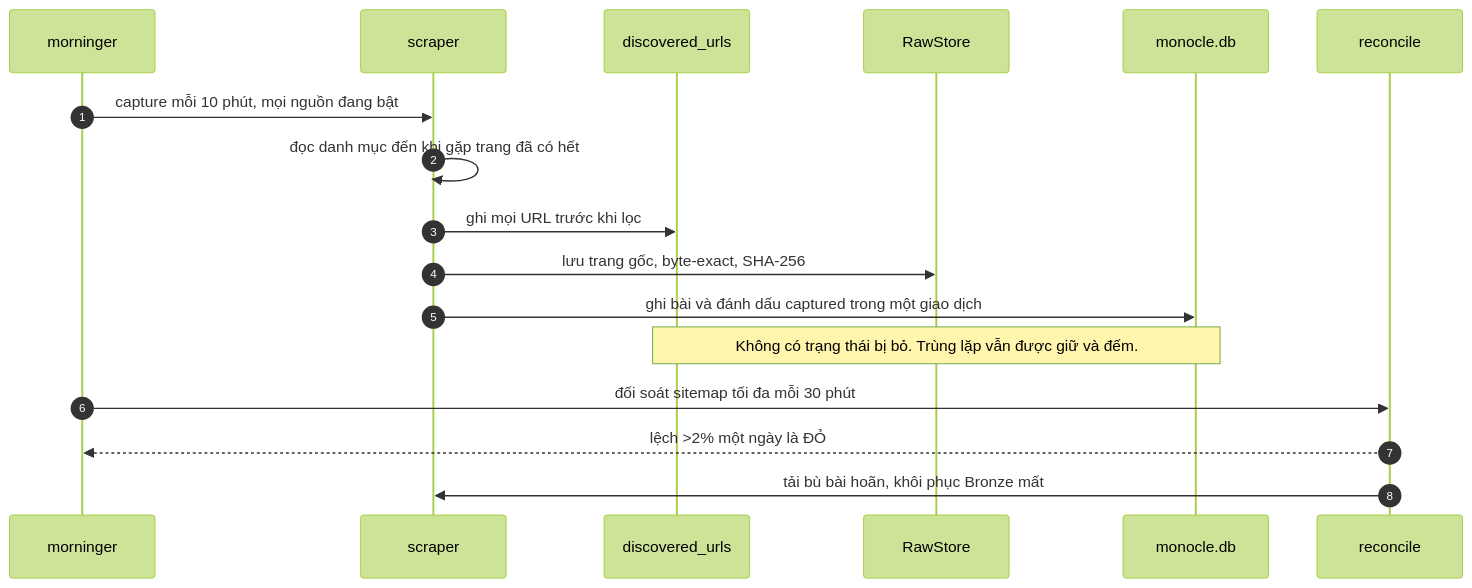
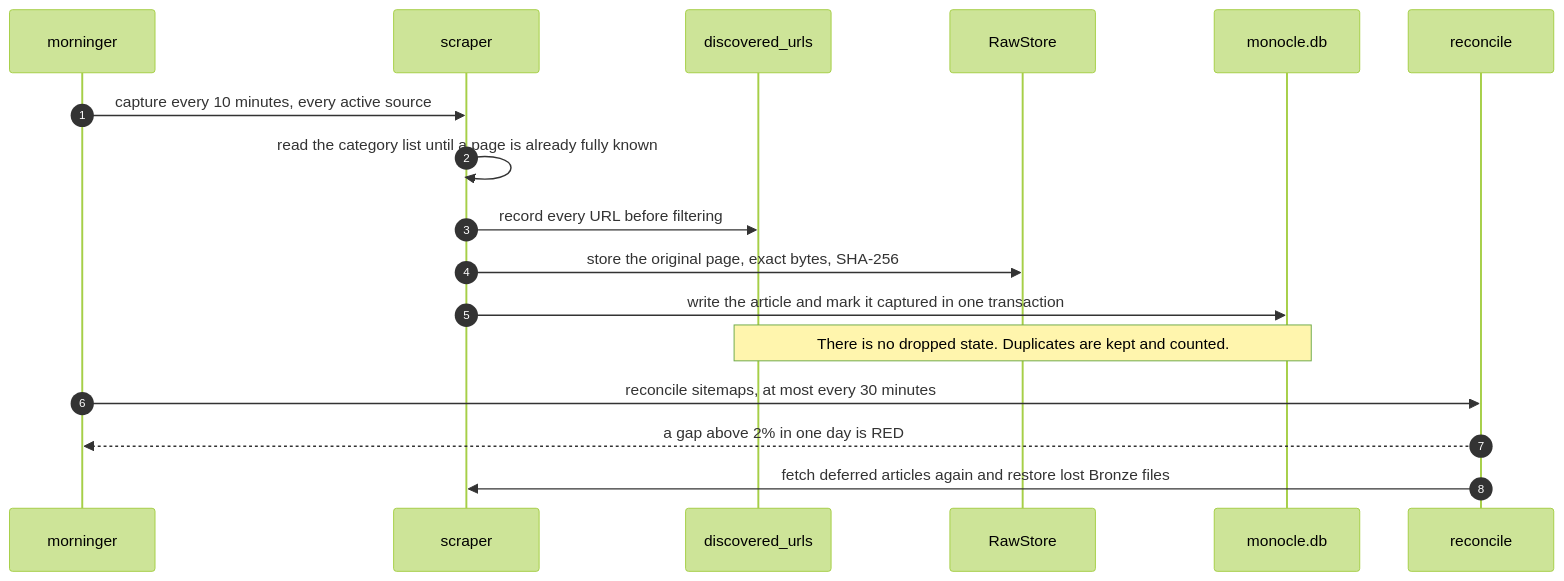
Before and after one commit to Tuanan172-py/fts-news-scape: the diagram in project/docs/diagrams/22-flow-capture.mmd, drawn with Mermaid (forest theme). The commit also changed 33 other files, not shown here.

Commit message:
feat: standardize offline workflow diagrams to English, add skills council proposal and wave automation scripts (US-048)

```diff
--- a/project/docs/diagrams/22-flow-capture.mmd
+++ b/project/docs/diagrams/22-flow-capture.mmd
@@ -1,19 +1,19 @@
-%% title: Thu thập trọn vẹn và đối soát (ADR-0013)
-%% desc: Cơ chế bảo đảm không sót bài.
+%% title: Complete capture and reconciliation (ADR-0013)
+%% desc: The mechanism that guarantees no article is missed.
 sequenceDiagram
   autonumber
   participant MO as morninger
   participant SC as scraper
   participant LG as discovered_urls
   participant RS as RawStore
   participant DB as monocle.db
   participant RC as reconcile
-  MO->>SC: capture mỗi 10 phút, mọi nguồn đang bật
-  SC->>SC: đọc danh mục đến khi gặp trang đã có hết
-  SC->>LG: ghi mọi URL trước khi lọc
-  SC->>RS: lưu trang gốc, byte-exact, SHA-256
-  SC->>DB: ghi bài và đánh dấu captured trong một giao dịch
-  Note over LG,DB: Không có trạng thái bị bỏ. Trùng lặp vẫn được giữ và đếm.
-  MO->>RC: đối soát sitemap tối đa mỗi 30 phút
-  RC-->>MO: lệch >2% một ngày là ĐỎ
-  RC->>SC: tải bù bài hoãn, khôi phục Bronze mất
+  MO->>SC: capture every 10 minutes, every active source
+  SC->>SC: read the category list until a page is already fully known
+  SC->>LG: record every URL before filtering
+  SC->>RS: store the original page, exact bytes, SHA-256
+  SC->>DB: write the article and mark it captured in one transaction
+  Note over LG,DB: There is no dropped state. Duplicates are kept and counted.
+  MO->>RC: reconcile sitemaps, at most every 30 minutes
+  RC-->>MO: a gap above 2% in one day is RED
+  RC->>SC: fetch deferred articles again and restore lost Bronze files
```
